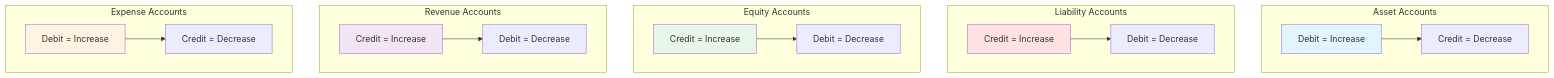
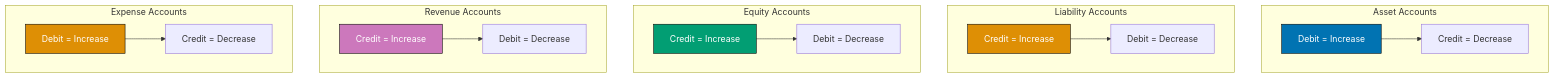
The third of 8 diagrams in docs/tutorials/business-and-finance/tu-bufi__accounting.md (wahidyankf/open-sharia-enterprise), drawn with Mermaid before and after one commit. The commit also changed other lines of this file and 22 other files, not shown here.

First line of the commit message:
docs(diagrams): ensure all mermaid diagrams use color-blind friendly palette

````diff
--- a/docs/tutorials/business-and-finance/tu-bufi__accounting.md
+++ b/docs/tutorials/business-and-finance/tu-bufi__accounting.md
@@ -201,38 +210,38 @@
 ```mermaid
 flowchart TD
 	subgraph "Asset Accounts"
 		A1[Debit = Increase]
 		A2[Credit = Decrease]
 		A1 --> A2
 	end
 
 	subgraph "Liability Accounts"
 		L1[Credit = Increase]
 		L2[Debit = Decrease]
 		L1 --> L2
 	end
 
 	subgraph "Equity Accounts"
 		E1[Credit = Increase]
 		E2[Debit = Decrease]
 		E1 --> E2
 	end
 
 	subgraph "Revenue Accounts"
 		R1[Credit = Increase]
 		R2[Debit = Decrease]
 		R1 --> R2
 	end
 
 	subgraph "Expense Accounts"
 		X1[Debit = Increase]
 		X2[Credit = Decrease]
 		X1 --> X2
 	end
 
-	style A1 fill:#e1f5ff
-	style L1 fill:#ffe1e1
-	style E1 fill:#e8f5e9
-	style R1 fill:#f3e5f5
-	style X1 fill:#fff4e1
+	style A1 fill:#0173B2,stroke:#000000,color:#FFFFFF
+	style L1 fill:#DE8F05,stroke:#000000,color:#FFFFFF
+	style E1 fill:#029E73,stroke:#000000,color:#FFFFFF
+	style R1 fill:#CC78BC,stroke:#000000,color:#FFFFFF
+	style X1 fill:#DE8F05,stroke:#000000,color:#FFFFFF
 ```
````
